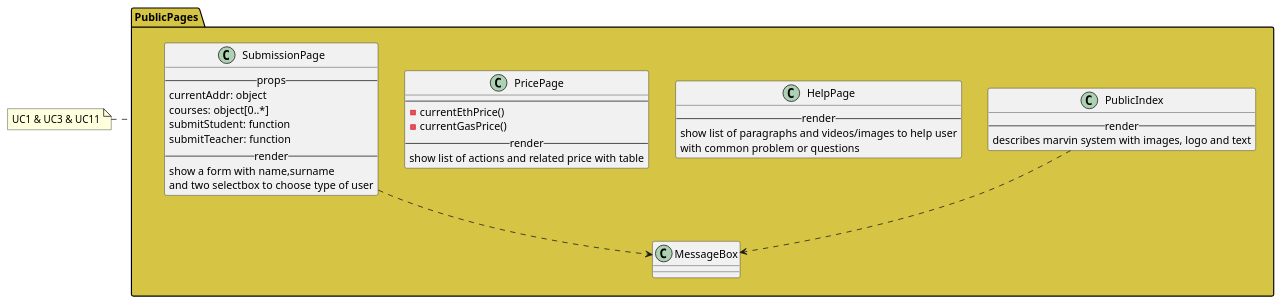
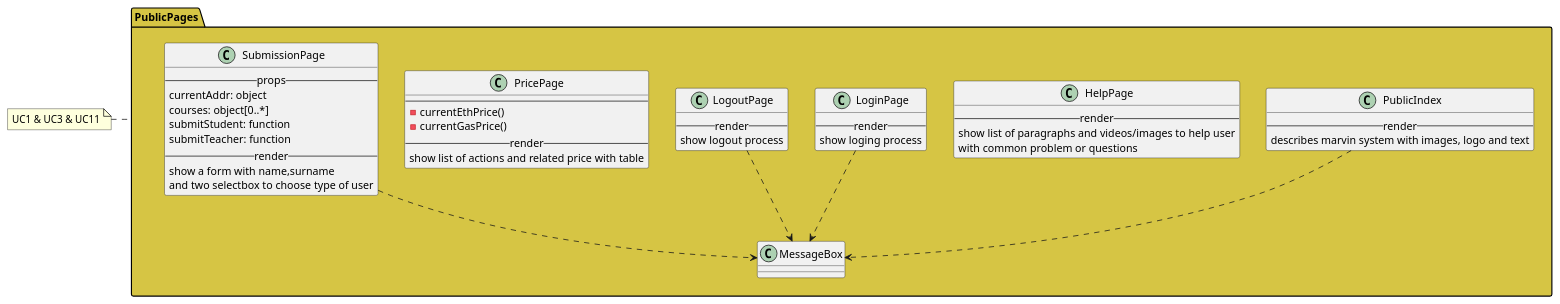
Before and after one commit to M9k/Marvin-Uml: the diagram in react/public/index.iuml, drawn with PlantUML. The commit also changed 5 other files, not shown here.

Commit message:
Modificato login/logout a pagina, non solo funzione

```diff
--- a/react/public/index.iuml
+++ b/react/public/index.iuml
@@ -1,37 +1,48 @@
 package PublicPages #D6C544 {
 
   class PublicIndex {
     --render--
     describes marvin system with images, logo and text
   }
+	PublicIndex ..> MessageBox
 
   class HelpPage {
     --render--
     show list of paragraphs and videos/images to help user
     with common problem or questions
   }
+
+  class LoginPage {
+    --render--
+    show loging process
+  }
+	LoginPage ..> MessageBox
+
+  class LogoutPage {
+    --render--
+    show logout process
+  }
+	LogoutPage ..> MessageBox
 
   class PricePage {
     ----
     - currentEthPrice()
     - currentGasPrice()
     --render--
     show list of actions and related price with table
   }
 
   class SubmissionPage {
     --props--
     currentAddr: object
     courses: object[0..*]
     submitStudent: function
     submitTeacher: function
     --render--
     show a form with name,surname
     and two selectbox to choose type of user
   }
-
-	PublicIndex ..> MessageBox
 	SubmissionPage ..> MessageBox
 }
 
 note left of PublicPages: UC1 & UC3 & UC11
```
